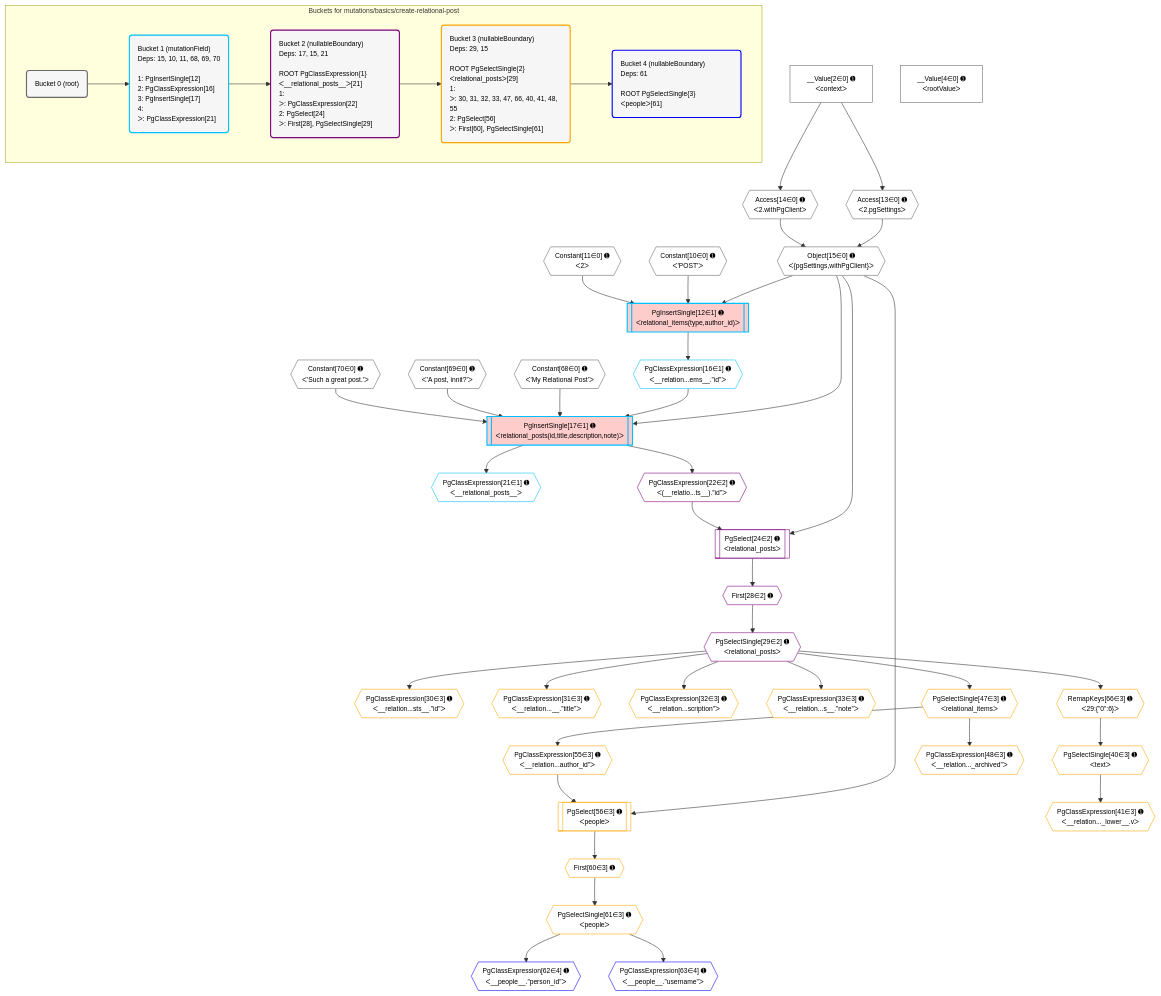
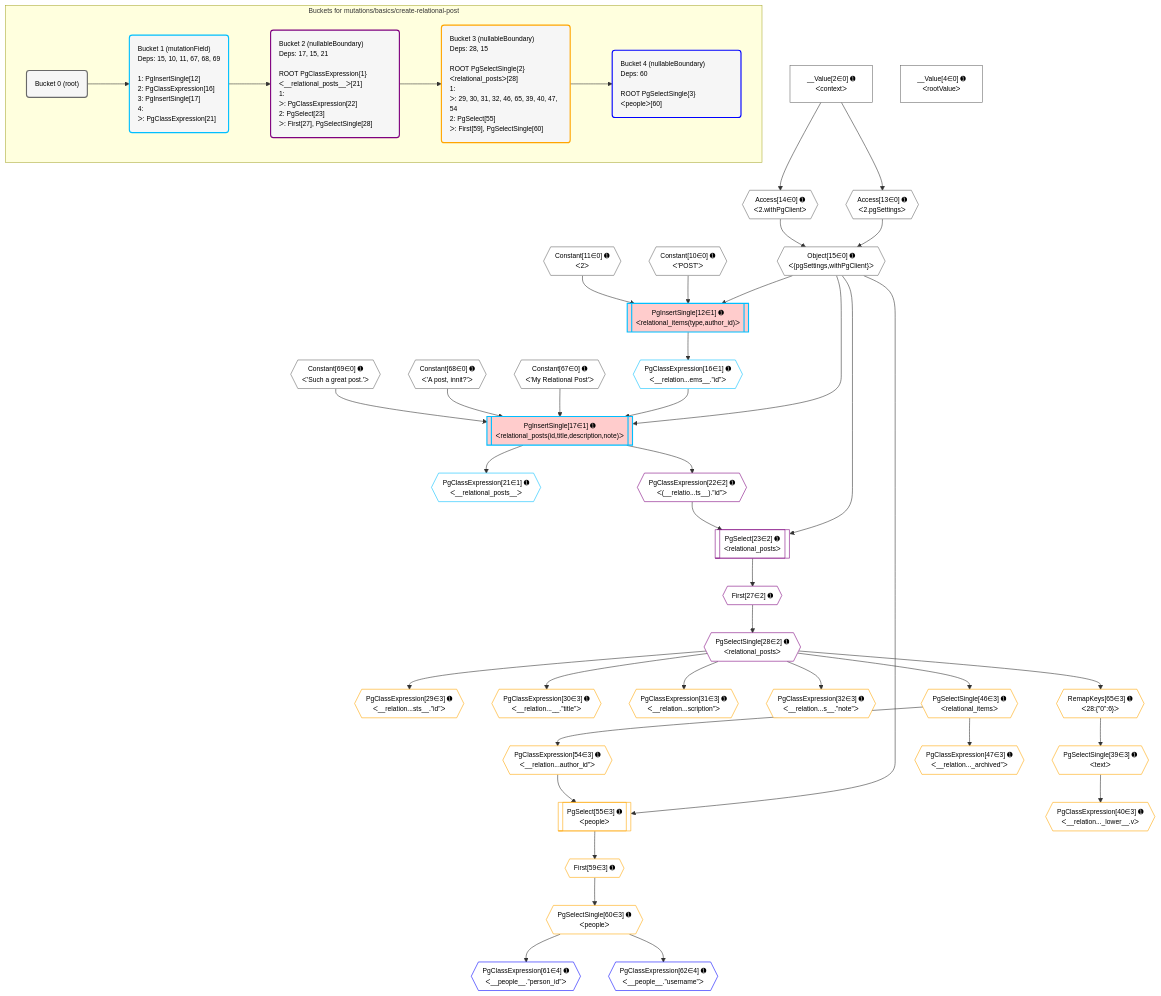
The diagram in grafast/dataplan-pg/__tests__/mutations/basics/create-relational-post.deopt.mermaid (graphile/crystal), drawn with Mermaid before and after one commit. The commit also changed 8 other files, not shown here.

```diff
--- a/grafast/dataplan-pg/__tests__/mutations/basics/create-relational-post.deopt.mermaid
+++ b/grafast/dataplan-pg/__tests__/mutations/basics/create-relational-post.deopt.mermaid
@@ -1,94 +1,94 @@
 %%{init: {'themeVariables': { 'fontSize': '12px'}}}%%
 graph TD
     classDef path fill:#eee,stroke:#000,color:#000
     classDef plan fill:#fff,stroke-width:1px,color:#000
     classDef itemplan fill:#fff,stroke-width:2px,color:#000
     classDef unbatchedplan fill:#dff,stroke-width:1px,color:#000
     classDef sideeffectplan fill:#fcc,stroke-width:2px,color:#000
     classDef bucket fill:#f6f6f6,color:#000,stroke-width:2px,text-align:left
 
 
     %% plan dependencies
     Object15{{"Object[15∈0] ➊<br />ᐸ{pgSettings,withPgClient}ᐳ"}}:::plan
     Access13{{"Access[13∈0] ➊<br />ᐸ2.pgSettingsᐳ"}}:::plan
     Access14{{"Access[14∈0] ➊<br />ᐸ2.withPgClientᐳ"}}:::plan
     Access13 & Access14 --> Object15
     __Value2["__Value[2∈0] ➊<br />ᐸcontextᐳ"]:::plan
     __Value2 --> Access13
     __Value2 --> Access14
     __Value4["__Value[4∈0] ➊<br />ᐸrootValueᐳ"]:::plan
     Constant10{{"Constant[10∈0] ➊<br />ᐸ'POST'ᐳ"}}:::plan
     Constant11{{"Constant[11∈0] ➊<br />ᐸ2ᐳ"}}:::plan
-    Constant68{{"Constant[68∈0] ➊<br />ᐸ'My Relational Post'ᐳ"}}:::plan
-    Constant69{{"Constant[69∈0] ➊<br />ᐸ'A post, innit?'ᐳ"}}:::plan
-    Constant70{{"Constant[70∈0] ➊<br />ᐸ'Such a great post.'ᐳ"}}:::plan
+    Constant67{{"Constant[67∈0] ➊<br />ᐸ'My Relational Post'ᐳ"}}:::plan
+    Constant68{{"Constant[68∈0] ➊<br />ᐸ'A post, innit?'ᐳ"}}:::plan
+    Constant69{{"Constant[69∈0] ➊<br />ᐸ'Such a great post.'ᐳ"}}:::plan
     PgInsertSingle17[["PgInsertSingle[17∈1] ➊<br />ᐸrelational_posts(id,title,description,note)ᐳ"]]:::sideeffectplan
     PgClassExpression16{{"PgClassExpression[16∈1] ➊<br />ᐸ__relation...ems__.”id”ᐳ"}}:::plan
-    Object15 & PgClassExpression16 & Constant68 & Constant69 & Constant70 --> PgInsertSingle17
+    Object15 & PgClassExpression16 & Constant67 & Constant68 & Constant69 --> PgInsertSingle17
     PgInsertSingle12[["PgInsertSingle[12∈1] ➊<br />ᐸrelational_items(type,author_id)ᐳ"]]:::sideeffectplan
     Object15 & Constant10 & Constant11 --> PgInsertSingle12
     PgInsertSingle12 --> PgClassExpression16
     PgClassExpression21{{"PgClassExpression[21∈1] ➊<br />ᐸ__relational_posts__ᐳ"}}:::plan
     PgInsertSingle17 --> PgClassExpression21
-    PgSelect24[["PgSelect[24∈2] ➊<br />ᐸrelational_postsᐳ"]]:::plan
+    PgSelect23[["PgSelect[23∈2] ➊<br />ᐸrelational_postsᐳ"]]:::plan
     PgClassExpression22{{"PgClassExpression[22∈2] ➊<br />ᐸ(__relatio...ts__).”id”ᐳ"}}:::plan
-    Object15 & PgClassExpression22 --> PgSelect24
+    Object15 & PgClassExpression22 --> PgSelect23
     PgInsertSingle17 --> PgClassExpression22
-    First28{{"First[28∈2] ➊"}}:::plan
-    PgSelect24 --> First28
-    PgSelectSingle29{{"PgSelectSingle[29∈2] ➊<br />ᐸrelational_postsᐳ"}}:::plan
-    First28 --> PgSelectSingle29
-    PgSelect56[["PgSelect[56∈3] ➊<br />ᐸpeopleᐳ"]]:::plan
-    PgClassExpression55{{"PgClassExpression[55∈3] ➊<br />ᐸ__relation...author_id”ᐳ"}}:::plan
-    Object15 & PgClassExpression55 --> PgSelect56
-    PgClassExpression30{{"PgClassExpression[30∈3] ➊<br />ᐸ__relation...sts__.”id”ᐳ"}}:::plan
-    PgSelectSingle29 --> PgClassExpression30
-    PgClassExpression31{{"PgClassExpression[31∈3] ➊<br />ᐸ__relation...__.”title”ᐳ"}}:::plan
-    PgSelectSingle29 --> PgClassExpression31
-    PgClassExpression32{{"PgClassExpression[32∈3] ➊<br />ᐸ__relation...scription”ᐳ"}}:::plan
-    PgSelectSingle29 --> PgClassExpression32
-    PgClassExpression33{{"PgClassExpression[33∈3] ➊<br />ᐸ__relation...s__.”note”ᐳ"}}:::plan
-    PgSelectSingle29 --> PgClassExpression33
-    PgSelectSingle40{{"PgSelectSingle[40∈3] ➊<br />ᐸtextᐳ"}}:::plan
-    RemapKeys66{{"RemapKeys[66∈3] ➊<br />ᐸ29:{”0”:6}ᐳ"}}:::plan
-    RemapKeys66 --> PgSelectSingle40
-    PgClassExpression41{{"PgClassExpression[41∈3] ➊<br />ᐸ__relation..._lower__.vᐳ"}}:::plan
-    PgSelectSingle40 --> PgClassExpression41
-    PgSelectSingle47{{"PgSelectSingle[47∈3] ➊<br />ᐸrelational_itemsᐳ"}}:::plan
-    PgSelectSingle29 --> PgSelectSingle47
-    PgClassExpression48{{"PgClassExpression[48∈3] ➊<br />ᐸ__relation..._archived”ᐳ"}}:::plan
-    PgSelectSingle47 --> PgClassExpression48
-    PgSelectSingle47 --> PgClassExpression55
-    First60{{"First[60∈3] ➊"}}:::plan
-    PgSelect56 --> First60
-    PgSelectSingle61{{"PgSelectSingle[61∈3] ➊<br />ᐸpeopleᐳ"}}:::plan
-    First60 --> PgSelectSingle61
-    PgSelectSingle29 --> RemapKeys66
-    PgClassExpression62{{"PgClassExpression[62∈4] ➊<br />ᐸ__people__.”person_id”ᐳ"}}:::plan
-    PgSelectSingle61 --> PgClassExpression62
-    PgClassExpression63{{"PgClassExpression[63∈4] ➊<br />ᐸ__people__.”username”ᐳ"}}:::plan
-    PgSelectSingle61 --> PgClassExpression63
+    First27{{"First[27∈2] ➊"}}:::plan
+    PgSelect23 --> First27
+    PgSelectSingle28{{"PgSelectSingle[28∈2] ➊<br />ᐸrelational_postsᐳ"}}:::plan
+    First27 --> PgSelectSingle28
+    PgSelect55[["PgSelect[55∈3] ➊<br />ᐸpeopleᐳ"]]:::plan
+    PgClassExpression54{{"PgClassExpression[54∈3] ➊<br />ᐸ__relation...author_id”ᐳ"}}:::plan
+    Object15 & PgClassExpression54 --> PgSelect55
+    PgClassExpression29{{"PgClassExpression[29∈3] ➊<br />ᐸ__relation...sts__.”id”ᐳ"}}:::plan
+    PgSelectSingle28 --> PgClassExpression29
+    PgClassExpression30{{"PgClassExpression[30∈3] ➊<br />ᐸ__relation...__.”title”ᐳ"}}:::plan
+    PgSelectSingle28 --> PgClassExpression30
+    PgClassExpression31{{"PgClassExpression[31∈3] ➊<br />ᐸ__relation...scription”ᐳ"}}:::plan
+    PgSelectSingle28 --> PgClassExpression31
+    PgClassExpression32{{"PgClassExpression[32∈3] ➊<br />ᐸ__relation...s__.”note”ᐳ"}}:::plan
+    PgSelectSingle28 --> PgClassExpression32
+    PgSelectSingle39{{"PgSelectSingle[39∈3] ➊<br />ᐸtextᐳ"}}:::plan
+    RemapKeys65{{"RemapKeys[65∈3] ➊<br />ᐸ28:{”0”:6}ᐳ"}}:::plan
+    RemapKeys65 --> PgSelectSingle39
+    PgClassExpression40{{"PgClassExpression[40∈3] ➊<br />ᐸ__relation..._lower__.vᐳ"}}:::plan
+    PgSelectSingle39 --> PgClassExpression40
+    PgSelectSingle46{{"PgSelectSingle[46∈3] ➊<br />ᐸrelational_itemsᐳ"}}:::plan
+    PgSelectSingle28 --> PgSelectSingle46
+    PgClassExpression47{{"PgClassExpression[47∈3] ➊<br />ᐸ__relation..._archived”ᐳ"}}:::plan
+    PgSelectSingle46 --> PgClassExpression47
+    PgSelectSingle46 --> PgClassExpression54
+    First59{{"First[59∈3] ➊"}}:::plan
+    PgSelect55 --> First59
+    PgSelectSingle60{{"PgSelectSingle[60∈3] ➊<br />ᐸpeopleᐳ"}}:::plan
+    First59 --> PgSelectSingle60
+    PgSelectSingle28 --> RemapKeys65
+    PgClassExpression61{{"PgClassExpression[61∈4] ➊<br />ᐸ__people__.”person_id”ᐳ"}}:::plan
+    PgSelectSingle60 --> PgClassExpression61
+    PgClassExpression62{{"PgClassExpression[62∈4] ➊<br />ᐸ__people__.”username”ᐳ"}}:::plan
+    PgSelectSingle60 --> PgClassExpression62
 
     %% define steps
 
     subgraph "Buckets for mutations/basics/create-relational-post"
     Bucket0("Bucket 0 (root)"):::bucket
     classDef bucket0 stroke:#696969
-    class Bucket0,__Value2,__Value4,Constant10,Constant11,Access13,Access14,Object15,Constant68,Constant69,Constant70 bucket0
-    Bucket1("Bucket 1 (mutationField)<br />Deps: 15, 10, 11, 68, 69, 70<br /><br />1: PgInsertSingle[12]<br />2: PgClassExpression[16]<br />3: PgInsertSingle[17]<br />4: <br />ᐳ: PgClassExpression[21]"):::bucket
+    class Bucket0,__Value2,__Value4,Constant10,Constant11,Access13,Access14,Object15,Constant67,Constant68,Constant69 bucket0
+    Bucket1("Bucket 1 (mutationField)<br />Deps: 15, 10, 11, 67, 68, 69<br /><br />1: PgInsertSingle[12]<br />2: PgClassExpression[16]<br />3: PgInsertSingle[17]<br />4: <br />ᐳ: PgClassExpression[21]"):::bucket
     classDef bucket1 stroke:#00bfff
     class Bucket1,PgInsertSingle12,PgClassExpression16,PgInsertSingle17,PgClassExpression21 bucket1
-    Bucket2("Bucket 2 (nullableBoundary)<br />Deps: 17, 15, 21<br /><br />ROOT PgClassExpression{1}ᐸ__relational_posts__ᐳ[21]<br />1: <br />ᐳ: PgClassExpression[22]<br />2: PgSelect[24]<br />ᐳ: First[28], PgSelectSingle[29]"):::bucket
+    Bucket2("Bucket 2 (nullableBoundary)<br />Deps: 17, 15, 21<br /><br />ROOT PgClassExpression{1}ᐸ__relational_posts__ᐳ[21]<br />1: <br />ᐳ: PgClassExpression[22]<br />2: PgSelect[23]<br />ᐳ: First[27], PgSelectSingle[28]"):::bucket
     classDef bucket2 stroke:#7f007f
-    class Bucket2,PgClassExpression22,PgSelect24,First28,PgSelectSingle29 bucket2
-    Bucket3("Bucket 3 (nullableBoundary)<br />Deps: 29, 15<br /><br />ROOT PgSelectSingle{2}ᐸrelational_postsᐳ[29]<br />1: <br />ᐳ: 30, 31, 32, 33, 47, 66, 40, 41, 48, 55<br />2: PgSelect[56]<br />ᐳ: First[60], PgSelectSingle[61]"):::bucket
+    class Bucket2,PgClassExpression22,PgSelect23,First27,PgSelectSingle28 bucket2
+    Bucket3("Bucket 3 (nullableBoundary)<br />Deps: 28, 15<br /><br />ROOT PgSelectSingle{2}ᐸrelational_postsᐳ[28]<br />1: <br />ᐳ: 29, 30, 31, 32, 46, 65, 39, 40, 47, 54<br />2: PgSelect[55]<br />ᐳ: First[59], PgSelectSingle[60]"):::bucket
     classDef bucket3 stroke:#ffa500
-    class Bucket3,PgClassExpression30,PgClassExpression31,PgClassExpression32,PgClassExpression33,PgSelectSingle40,PgClassExpression41,PgSelectSingle47,PgClassExpression48,PgClassExpression55,PgSelect56,First60,PgSelectSingle61,RemapKeys66 bucket3
-    Bucket4("Bucket 4 (nullableBoundary)<br />Deps: 61<br /><br />ROOT PgSelectSingle{3}ᐸpeopleᐳ[61]"):::bucket
+    class Bucket3,PgClassExpression29,PgClassExpression30,PgClassExpression31,PgClassExpression32,PgSelectSingle39,PgClassExpression40,PgSelectSingle46,PgClassExpression47,PgClassExpression54,PgSelect55,First59,PgSelectSingle60,RemapKeys65 bucket3
+    Bucket4("Bucket 4 (nullableBoundary)<br />Deps: 60<br /><br />ROOT PgSelectSingle{3}ᐸpeopleᐳ[60]"):::bucket
     classDef bucket4 stroke:#0000ff
-    class Bucket4,PgClassExpression62,PgClassExpression63 bucket4
+    class Bucket4,PgClassExpression61,PgClassExpression62 bucket4
     Bucket0 --> Bucket1
     Bucket1 --> Bucket2
     Bucket2 --> Bucket3
     Bucket3 --> Bucket4
     end
```
